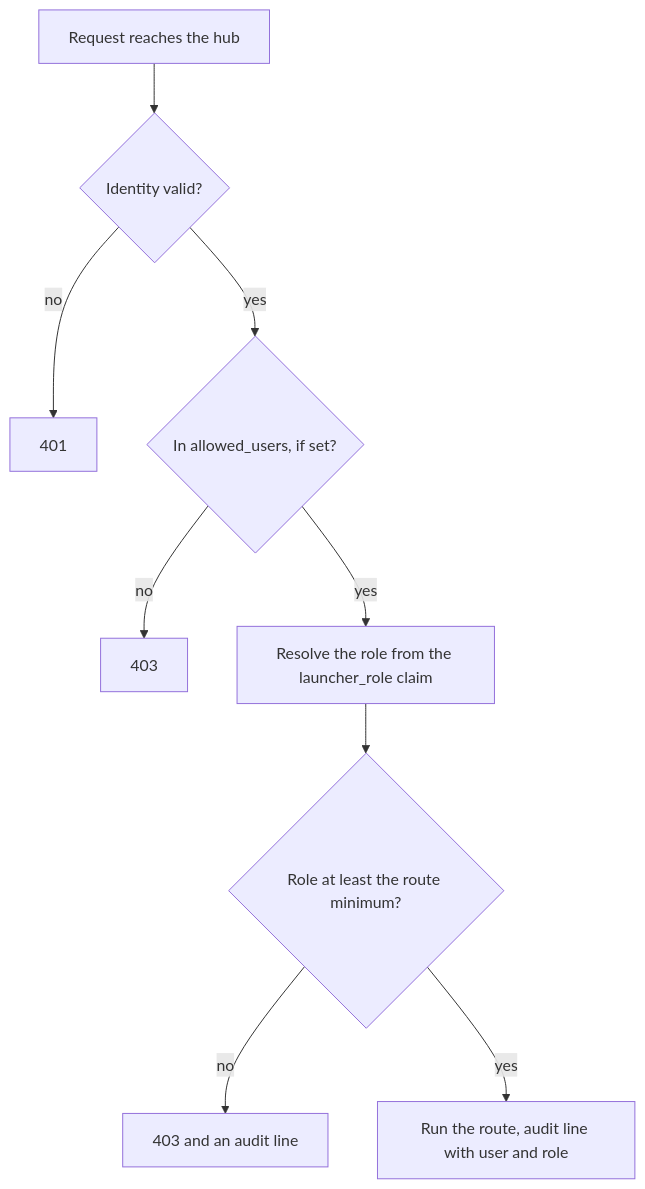
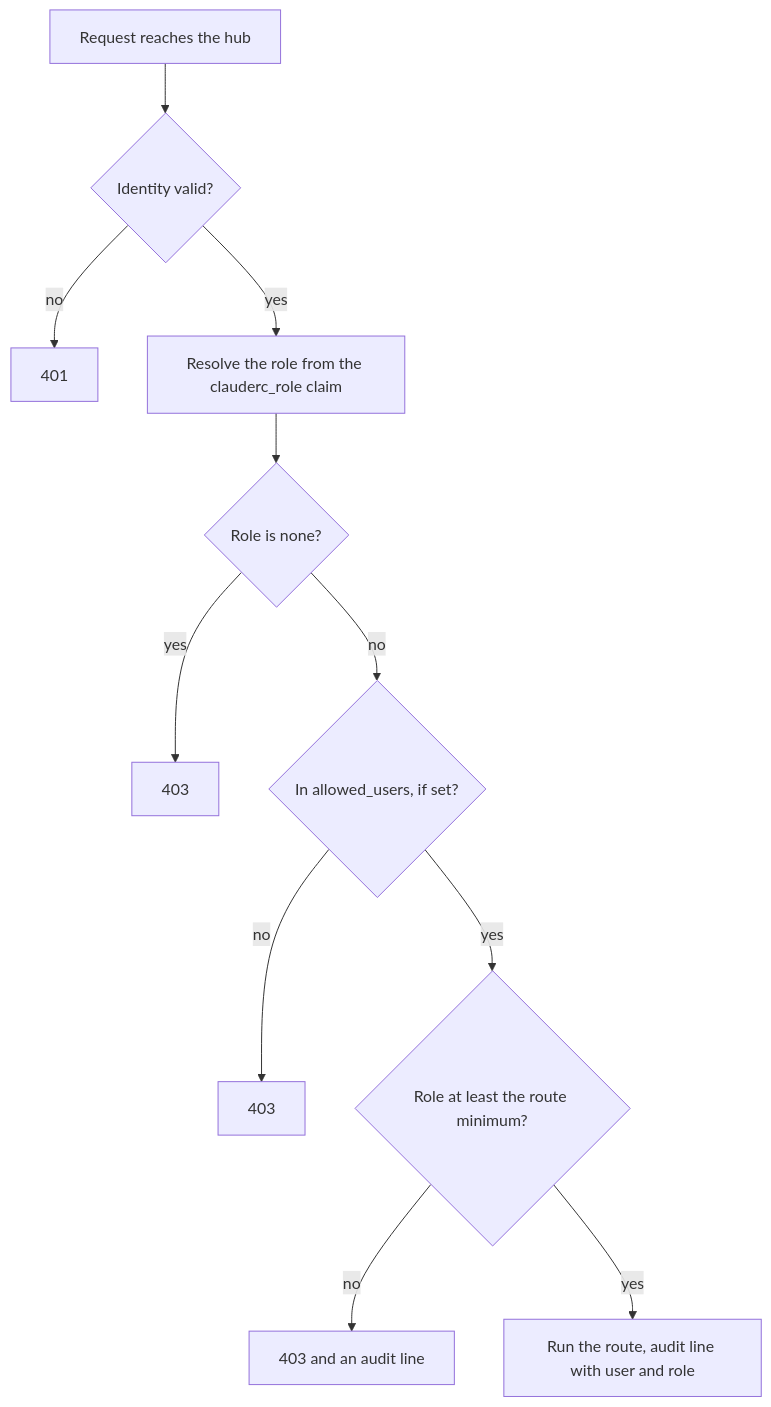
The diagram in docs/images/auth/role-decision.mmd (kbirger/claude-rc-launcher), drawn with Mermaid before and after one commit. The commit also changed 13 other files, not shown here.

Commit message:
refactor: name the role claim clauderc_role and the scope clauderc

```diff
--- a/docs/images/auth/role-decision.mmd
+++ b/docs/images/auth/role-decision.mmd
@@ -1,9 +1,11 @@
 flowchart TD
   R["Request reaches the hub"] --> A{"Identity valid?"}
   A -- "no" --> E401["401"]
-  A -- "yes" --> L{"In allowed_users, if set?"}
+  A -- "yes" --> Q["Resolve the role from the clauderc_role claim"]
+  Q --> Z{"Role is none?"}
+  Z -- "yes" --> E403c["403"]
+  Z -- "no" --> L{"In allowed_users, if set?"}
   L -- "no" --> E403a["403"]
-  L -- "yes" --> Q["Resolve the role from the launcher_role claim"]
-  Q --> M{"Role at least the route minimum?"}
+  L -- "yes" --> M{"Role at least the route minimum?"}
   M -- "no" --> E403b["403 and an audit line"]
   M -- "yes" --> X["Run the route, audit line with user and role"]
```
